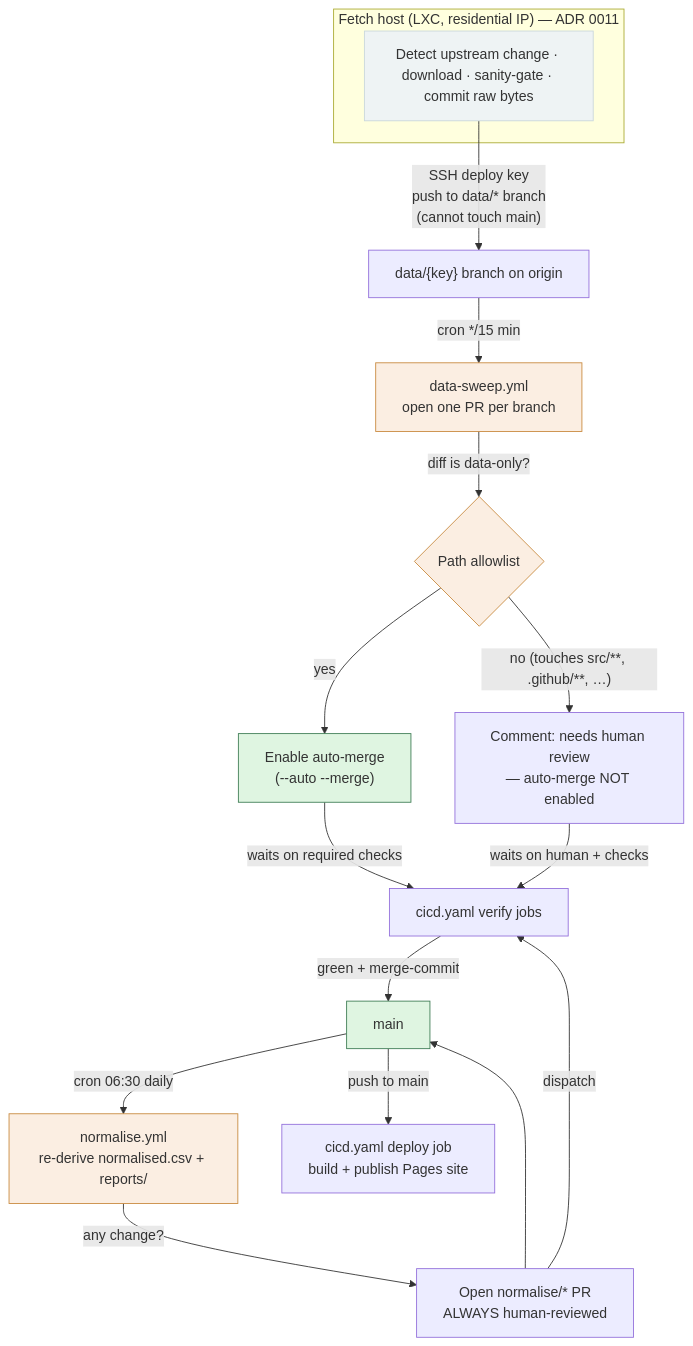
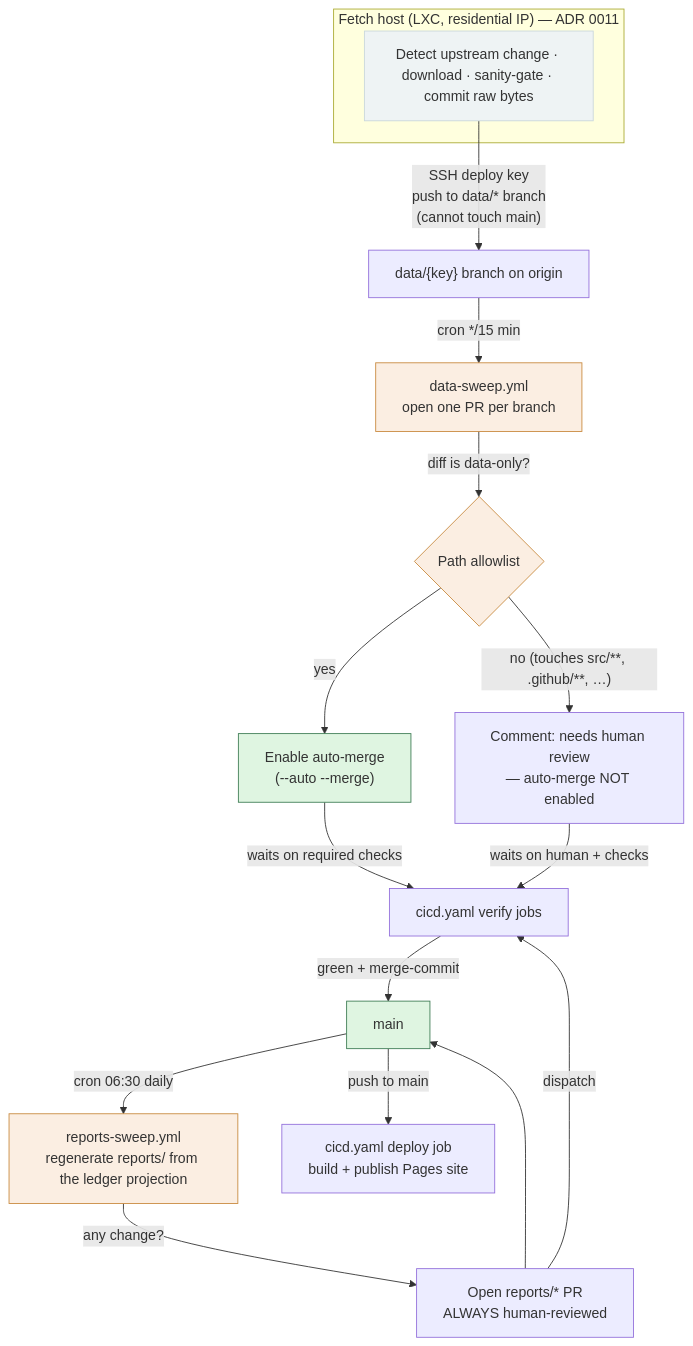
The diagram in docs/data-flow.md (MysterAitch/amateur-callsigns-file-watch), drawn with Mermaid before and after one commit. The commit also changed other lines of this file and 24 other files, not shown here.

````diff
--- a/docs/data-flow.md
+++ b/docs/data-flow.md
@@ -33,31 +33,31 @@
 ```mermaid
 flowchart TD
     subgraph host["Fetch host (LXC, residential IP) — ADR 0011"]
       FETCH["Detect upstream change · download · sanity-gate · commit raw bytes"]
     end
     FETCH -->|"SSH deploy key<br/>push to data/* branch<br/>(cannot touch main)"| BRANCH["data/{key} branch on origin"]
 
     BRANCH -->|"cron */15 min"| SWEEP["data-sweep.yml<br/>open one PR per branch"]
     SWEEP -->|"diff is data-only?"| GATE{"Path allowlist"}
     GATE -->|"yes"| AUTOMERGE["Enable auto-merge<br/>(--auto --merge)"]
     GATE -->|"no (touches src/**, .github/**, …)"| REVIEW["Comment: needs human review<br/>— auto-merge NOT enabled"]
 
     AUTOMERGE -->|"waits on required checks"| CI["cicd.yaml verify jobs"]
     REVIEW -->|"waits on human + checks"| CI
 
     CI -->|"green + merge-commit"| MAIN["main"]
 
-    MAIN -->|"cron 06:30 daily"| NORM["normalise.yml<br/>re-derive normalised.csv + reports/"]
-    NORM -->|"any change?"| NORMPR["Open normalise/* PR<br/>ALWAYS human-reviewed"]
+    MAIN -->|"cron 06:30 daily"| NORM["reports-sweep.yml<br/>regenerate reports/ from the ledger projection"]
+    NORM -->|"any change?"| NORMPR["Open reports/* PR<br/>ALWAYS human-reviewed"]
     NORMPR -->|"dispatch"| CI
     NORMPR --> MAIN
 
     MAIN -->|"push to main"| DEPLOY["cicd.yaml deploy job<br/>build + publish Pages site"]
 
     classDef host fill:#eef3f4,stroke:#c9d7dc;
     classDef gate fill:#fbeee2,stroke:#c98a3f;
     classDef merge fill:#dff5e1,stroke:#3f7d55;
     class FETCH host
     class GATE,SWEEP,NORM gate
     class MAIN,AUTOMERGE merge
 ```
````
